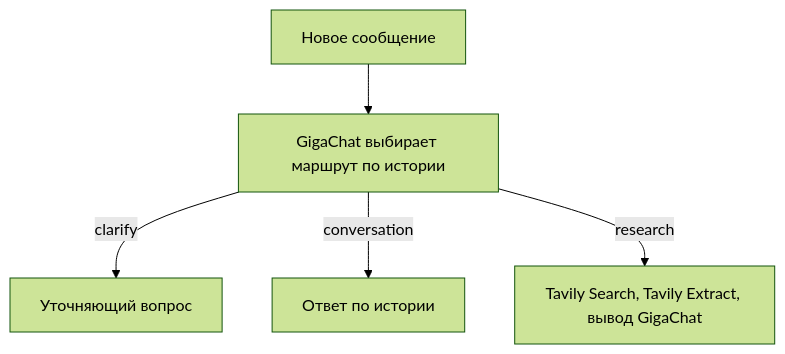
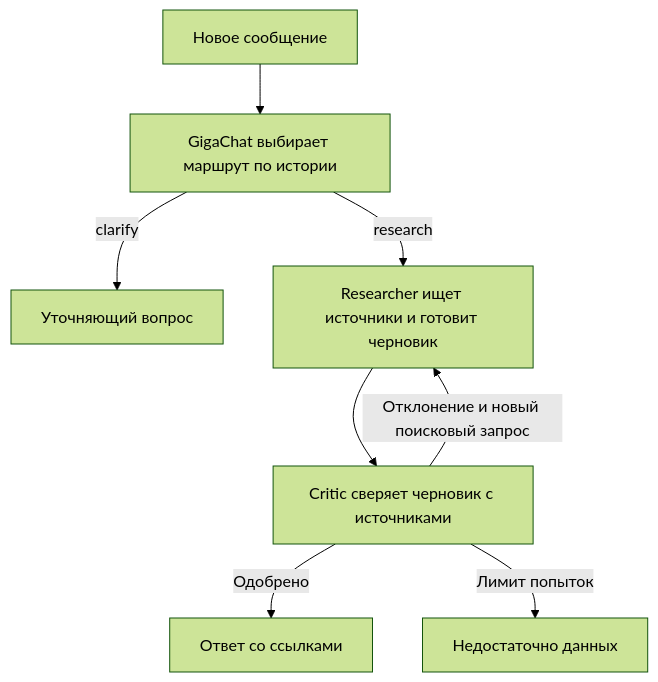
The diagram in README.md (Viacheslav-hub-blip/factchecker), drawn with Mermaid (forest theme) before and after one commit. The commit also changed other lines of this file and 2 other files, not shown here.

Commit message:
Add researcher and critic loop

````diff
--- a/README.md
+++ b/README.md
@@ -61,7 +52,10 @@
 ```mermaid
 flowchart TD
     A[Новое сообщение] --> B[GigaChat выбирает маршрут по истории]
     B -->|clarify| C[Уточняющий вопрос]
-    B -->|conversation| D[Ответ по истории]
-    B -->|research| E[Tavily Search, Tavily Extract, вывод GigaChat]
+    B -->|research| E[Researcher ищет источники и готовит черновик]
+    E --> F[Critic сверяет черновик с источниками]
+    F -->|Одобрено| P[Ответ со ссылками]
+    F -->|Отклонение и новый поисковый запрос| E
+    F -->|Лимит попыток| N[Недостаточно данных]
 ```
````
